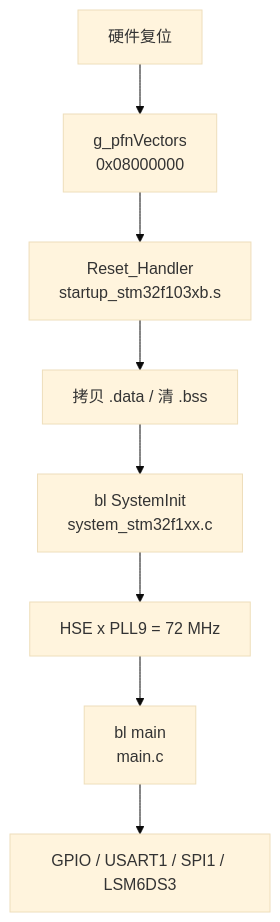
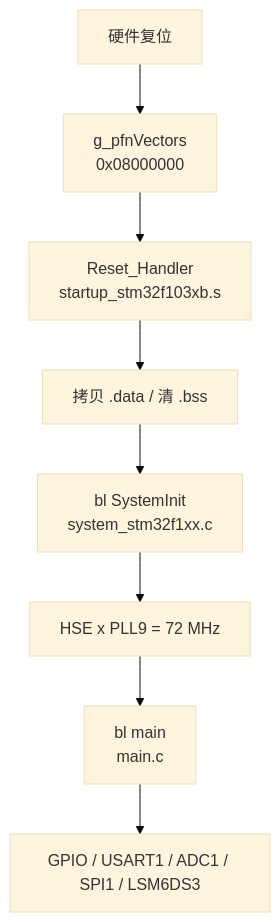
Before and after one commit to xiaolitongxue666/embed-dev-lab: the diagram in doc/projects/f103-manual-reg.md, drawn with Mermaid (base theme). The commit also changed other lines of this file and 15 other files, not shown here.

````diff
--- a/doc/projects/f103-manual-reg.md
+++ b/doc/projects/f103-manual-reg.md
@@ -61,10 +63,10 @@
 ```mermaid
 flowchart TD
   rst[硬件复位] --> vt["g_pfnVectors\n0x08000000"]
   vt --> rh["Reset_Handler\nstartup_stm32f103xb.s"]
   rh --> data["拷贝 .data / 清 .bss"]
   data --> si["bl SystemInit\nsystem_stm32f1xx.c"]
   si --> clk["HSE x PLL9 = 72 MHz"]
   clk --> mainNode["bl main\nmain.c"]
-  mainNode --> app["GPIO / USART1 / SPI1 / LSM6DS3"]
+  mainNode --> app["GPIO / USART1 / ADC1 / SPI1 / LSM6DS3"]
 ```
````
